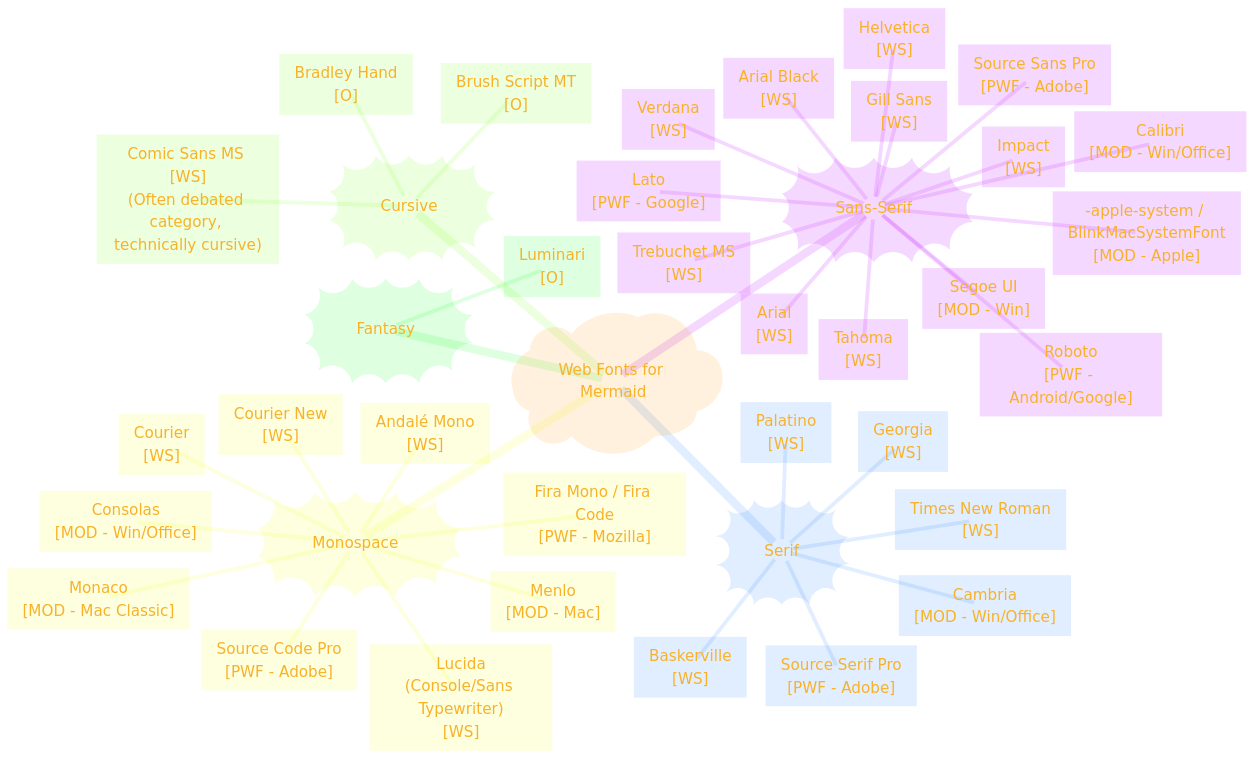
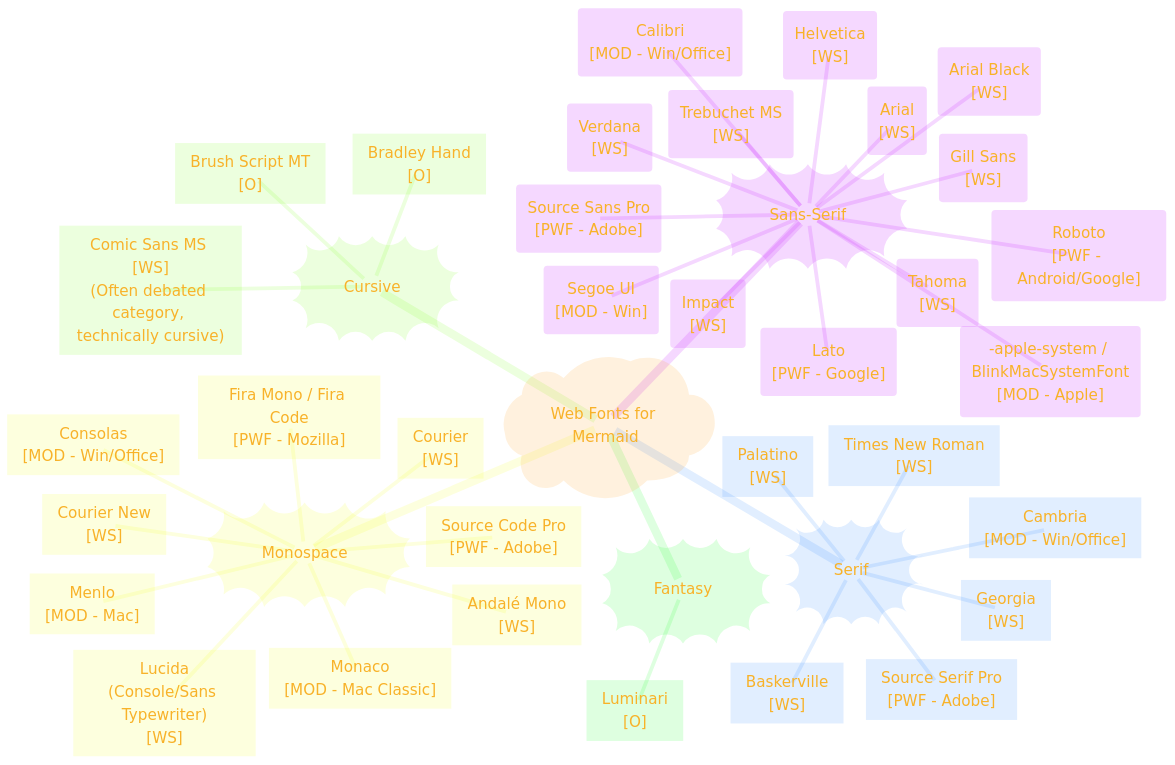
The first of 3 diagrams in MERMAID_JS/Web_Font_Guide/Web_Font_Guide.md (CongLeSolutionX/ArchExplorer), drawn with Mermaid before and after one commit.

````diff
--- a/MERMAID_JS/Web_Font_Guide/Web_Font_Guide.md
+++ b/MERMAID_JS/Web_Font_Guide/Web_Font_Guide.md
@@ -37,71 +37,71 @@
 ```mermaid
 ---
 title: "Font Categorization and Origin"
 author: "Cong Le"
 version: "1.0"
 license(s): "MIT, CC BY 4.0"
 copyright: "Copyright (c) 2025 Cong Le. All Rights Reserved."
 config:
   theme: base
 ---
 %%%%%%%% Mermaid version v11.4.1-b.14
 %%{
   init: {
     'fontFamily': 'Andale Mono, monospace',
     'mindmap': {
 	    'nodeAlign': 'center',
 	    'padding': 20
     },
     'themeVariables': {
       'primaryColor': '#FC82',
       'primaryTextColor': '#F8B229',
       'primaryBorderColor': '#27AE60',
       'secondaryColor': '#EBF3',
       'secondaryTextColor': '#6C3483',
       'secondaryBorderColor': '#A569BD',
       'fontSize': '20px'
     }
   }
 }%%
 mindmap
   root)"Web Fonts for Mermaid"(
     Sans_Serif))"Sans-Serif"((
-      Helvetica["Helvetica<br>[WS]"]
-      Arial["Arial<br>[WS]"]
-      Arial_Black["Arial Black<br>[WS]"]
-      Verdana["Verdana<br>[WS]"]
-      Tahoma["Tahoma<br>[WS]"]
-      Trebuchet_MS["Trebuchet MS<br>[WS]"]
-      Impact["Impact<br>[WS]"]
-      Gill_Sans["Gill Sans<br>[WS]"]
-      Segoe_UI["Segoe UI<br>[MOD - Win]"]
-      apple_system["-apple-system / BlinkMacSystemFont<br>[MOD - Apple]"]
-      Calibri["Calibri<br>[MOD - Win/Office]"]
-      Roboto["Roboto<br>[PWF - Android/Google]"]
-      Source_Sans_Pro["Source Sans Pro<br>[PWF - Adobe]"]
-      Lato["Lato<br>[PWF - Google]"]
+      Helvetica("Helvetica<br>[WS]")
+      Arial("Arial<br>[WS]")
+      Arial_Black("Arial Black<br>[WS]")
+      Verdana("Verdana<br>[WS]")
+      Tahoma("Tahoma<br>[WS]")
+      Trebuchet_MS("Trebuchet MS<br>[WS]")
+      Impact("Impact<br>[WS]")
+      Gill_Sans("Gill Sans<br>[WS]")
+      Segoe_UI("Segoe UI<br>[MOD - Win]")
+      apple_system("-apple-system / BlinkMacSystemFont<br>[MOD - Apple]")
+      Calibri("Calibri<br>[MOD - Win/Office]")
+      Roboto("Roboto<br>[PWF - Android/Google]")
+      Source_Sans_Pro("Source Sans Pro<br>[PWF - Adobe]")
+      Lato("Lato<br>[PWF - Google]")
     Serif))"Serif"((
       Times_New_Roman["Times New Roman<br>[WS]"]
       Georgia["Georgia<br>[WS]"]
       Palatino["Palatino<br>[WS]"]
       Baskerville["Baskerville<br>[WS]"]
       Cambria["Cambria<br>[MOD - Win/Office]"]
       Source_Serif_Pro["Source Serif Pro<br>[PWF - Adobe]"]
     Monospace))"Monospace"((
       Andale_Mono["Andalé Mono<br>[WS]"]
       Courier["Courier<br>[WS]"]
       Courier_New["Courier New<br>[WS]"]
       Lucida["Lucida<br>(Console/Sans Typewriter)<br>[WS]"]
       Monaco["Monaco<br>[MOD - Mac Classic]"]
       Consolas["Consolas<br>[MOD - Win/Office]"]
       Menlo["Menlo<br>[MOD - Mac]"]
       Source_Code_Pro["Source Code Pro<br>[PWF - Adobe]"]
       Fira_Mono_Fira_Code["Fira Mono / Fira Code<br>[PWF - Mozilla]"]
     Cursive))"Cursive"((
       Comic_Sans_MS["Comic Sans MS [WS]<br>(Often debated category, technically cursive)"]
       Bradley_Hand["Bradley Hand<br>[O]"]
       Brush_Script_MT["Brush Script MT<br>[O]"]
     Fantasy))"Fantasy"((
       Luminari["Luminari<br>[O]"]
       
 ```
````
